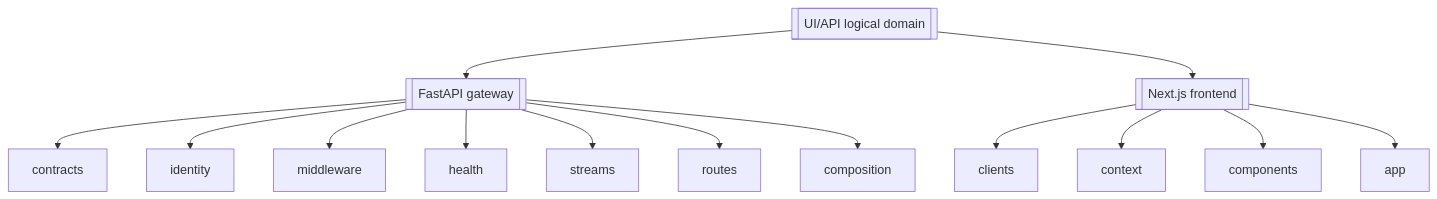
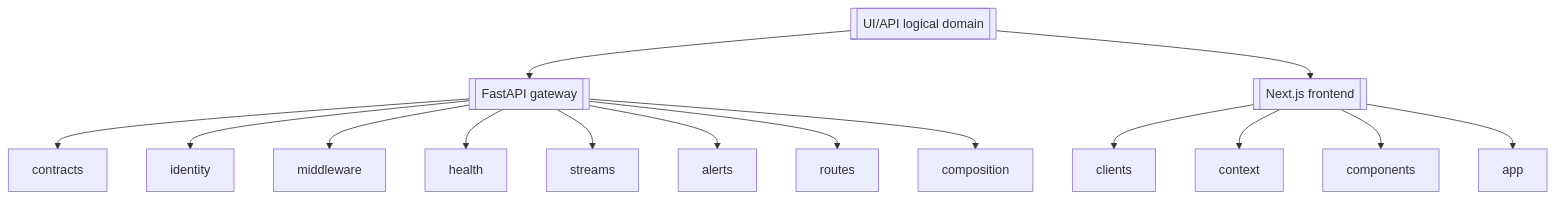
The first of 4 diagrams in app/services/api/README.md (haruperi/HaruQuantAI), drawn with Mermaid before and after one commit. The commit also changed other lines of this file and 31 other files, not shown here.

````diff
--- a/app/services/api/README.md
+++ b/app/services/api/README.md
@@ -144,17 +152,18 @@
 ```mermaid
 flowchart TD
     DOMAIN[[UI/API logical domain]]
     DOMAIN --> API[[FastAPI gateway]]
     DOMAIN --> UI[[Next.js frontend]]
     API --> CONTRACTS[contracts]
     API --> IDENTITY[identity]
     API --> MW[middleware]
     API --> HEALTH[health]
     API --> STREAMS[streams]
+    API --> ALERTS[alerts]
     API --> ROUTES[routes]
     API --> COMPOSITION[composition]
     UI --> CLIENTS[clients]
     UI --> CONTEXT[context]
     UI --> COMPONENTS[components]
     UI --> PAGES[app]
 ```
````
